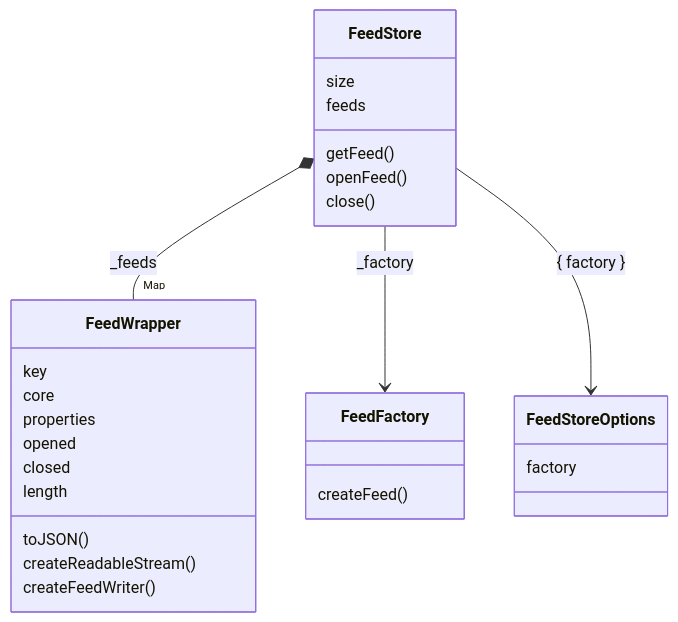
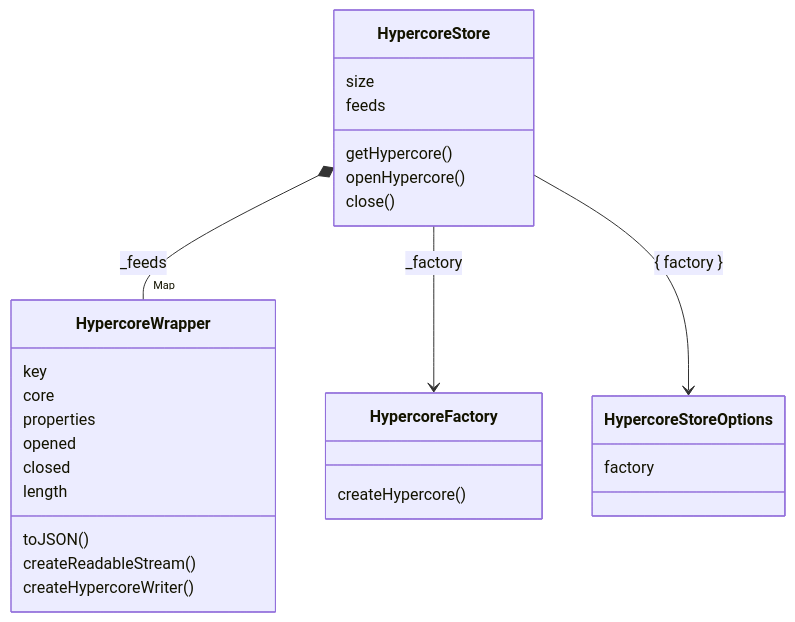
One commit to dxos/dxos changed the first of 3 diagrams in packages/common/feed-store/docs/README.md. Above: the diagram before and after it, drawn with Mermaid. The commit also changed other lines of this file and 19 other files, not shown here.

First line of the commit message:
hypercore-store: finish the rename in the test builder and storage layer

````diff
--- a/packages/common/feed-store/docs/README.md
+++ b/packages/common/feed-store/docs/README.md
@@ -7,33 +7,33 @@
 ```mermaid
 classDiagram
 direction TB
 
-class FeedStore {
+class HypercoreStore {
   size
   feeds
-  getFeed()
-  openFeed()
+  getHypercore()
+  openHypercore()
   close()
 }
-FeedStore *-- "Map" FeedWrapper : _feeds
-FeedStore --> FeedFactory : _factory
-FeedStore --> FeedStoreOptions : { factory }
-class FeedWrapper {
+HypercoreStore *-- "Map" HypercoreWrapper : _feeds
+HypercoreStore --> HypercoreFactory : _factory
+HypercoreStore --> HypercoreStoreOptions : { factory }
+class HypercoreWrapper {
   key
   core
   properties
   opened
   closed
   length
   toJSON()
   createReadableStream()
-  createFeedWriter()
+  createHypercoreWriter()
 }
-class FeedFactory {
-  createFeed()
+class HypercoreFactory {
+  createHypercore()
 }
-class FeedStoreOptions {
+class HypercoreStoreOptions {
   <interface>
   factory
 }
 ```
````
